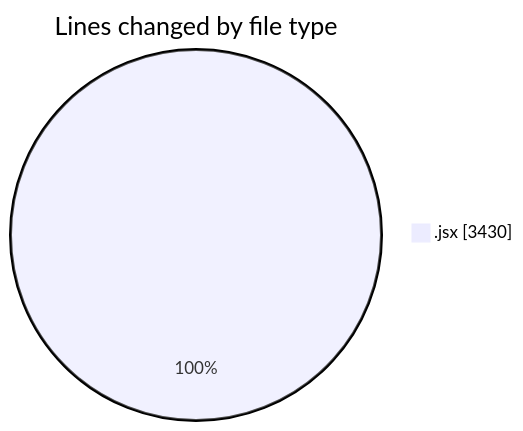
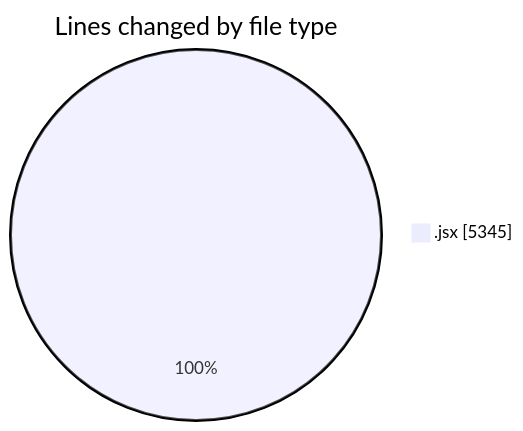
One commit to nxtqubesakshisongat/code-tracking changed the first of 2 diagrams in 2025-09-09/nxtqube_webapp/README.md. Above: the diagram before and after it, drawn with Mermaid. The commit also changed other lines of this file and 1 other file, not shown here.

````diff
--- a/2025-09-09/nxtqube_webapp/README.md
+++ b/2025-09-09/nxtqube_webapp/README.md
@@ -21,5 +21,5 @@
 ```mermaid
 pie showData
 title Lines changed by file type
-".jsx" : 3430
+".jsx" : 5345
 ```
````
